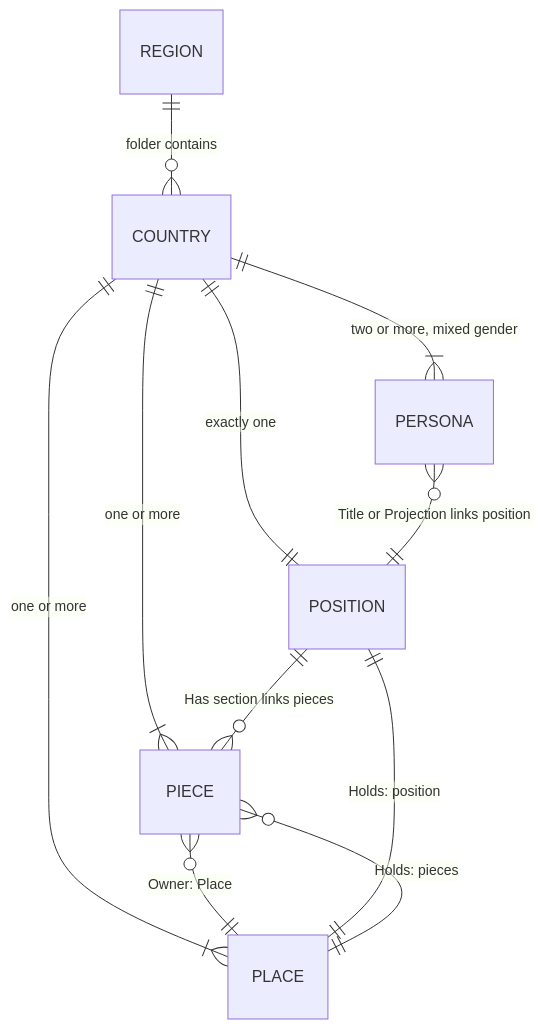
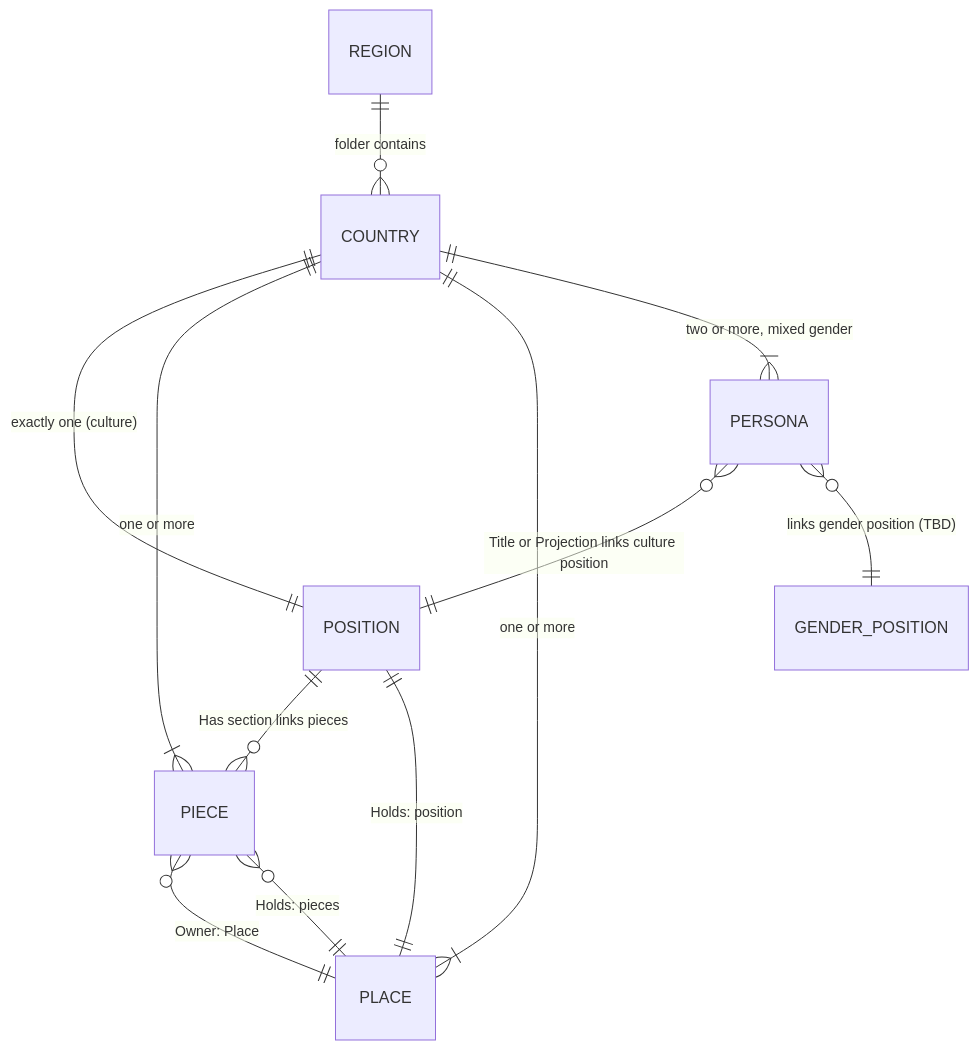
Before and after one commit to ChBrain/Cultures: the diagram in ARCHITECTURE.md, drawn with Mermaid. The commit also changed other lines of this file, not shown here.

First line of the commit message:
Add Gender Position as a position-type entity (TBD spec)

````diff
--- a/ARCHITECTURE.md
+++ b/ARCHITECTURE.md
@@ -108,13 +110,14 @@
 ```mermaid
 erDiagram
     REGION   ||--o{ COUNTRY  : "folder contains"
-    COUNTRY  ||--|| POSITION : "exactly one"
+    COUNTRY  ||--|| POSITION : "exactly one (culture)"
     COUNTRY  ||--|{ PIECE    : "one or more"
     COUNTRY  ||--|{ PLACE    : "one or more"
     COUNTRY  ||--|{ PERSONA  : "two or more, mixed gender"
     POSITION ||--o{ PIECE    : "Has section links pieces"
     PIECE    }o--|| PLACE    : "Owner: Place"
     PLACE    ||--|| POSITION : "Holds: position"
     PLACE    ||--o{ PIECE    : "Holds: pieces"
-    PERSONA  }o--|| POSITION : "Title or Projection links position"
+    PERSONA  }o--|| POSITION : "Title or Projection links culture position"
+    PERSONA  }o--|| GENDER_POSITION : "links gender position (TBD)"
 ```
````
